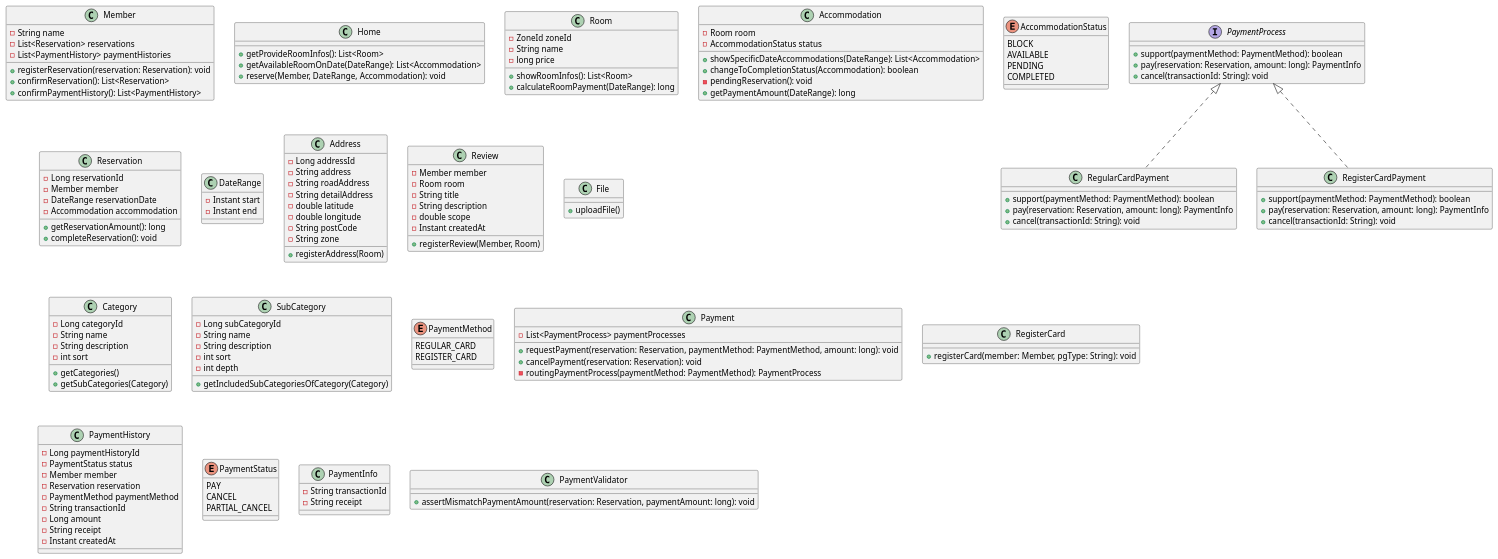
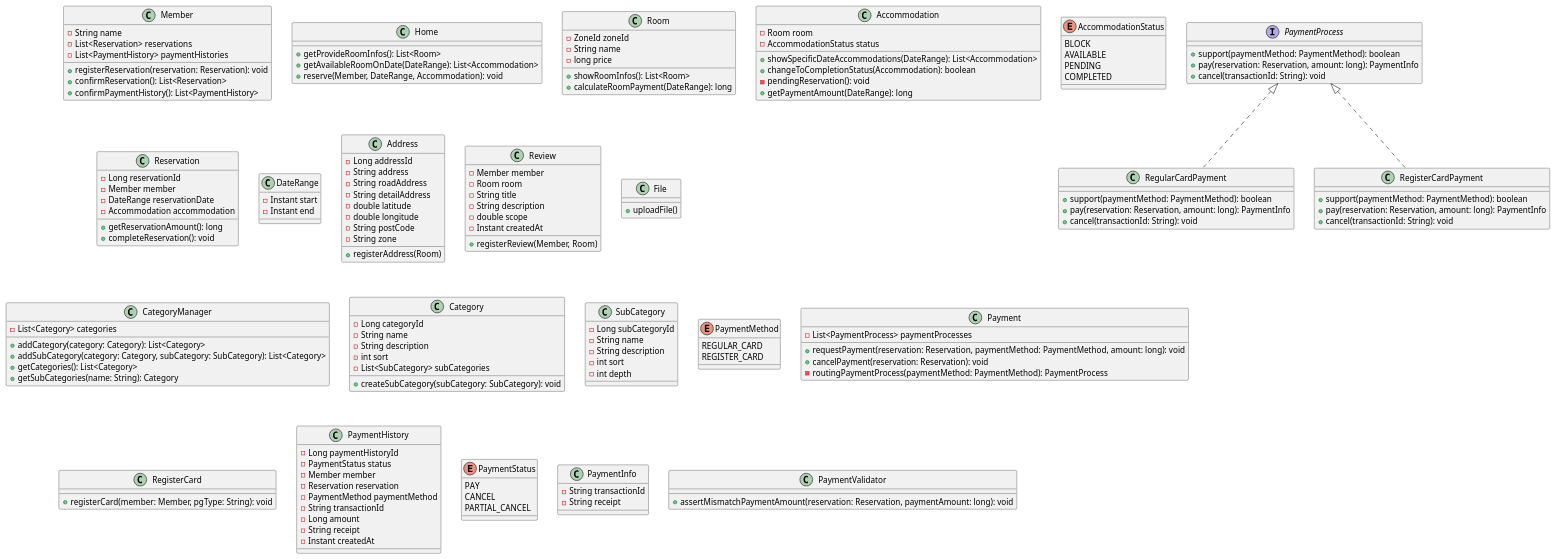
Before and after one commit to f-lab-edu/room-reservation-service: the diagram in class-diagram.puml, drawn with PlantUML. The commit also changed 5 other files, not shown here.

Commit message:
feat: 카테고리 클래스 생성 및 클래스 다이어그램 추가

```diff
--- a/class-diagram.puml
+++ b/class-diagram.puml
@@ -1,160 +1,167 @@
 @startuml
 class Member {
   -String name
   -List<Reservation> reservations
   -List<PaymentHistory> paymentHistories
   +registerReservation(reservation: Reservation): void
   +confirmReservation(): List<Reservation>
   +confirmPaymentHistory(): List<PaymentHistory>
 }
 
 class Home {
   +getProvideRoomInfos(): List<Room>
   +getAvailableRoomOnDate(DateRange): List<Accommodation>
   +reserve(Member, DateRange, Accommodation): void
 }
 
 class Room {
   -ZoneId zoneId
   -String name
   -long price
   +showRoomInfos(): List<Room>
   +calculateRoomPayment(DateRange): long
 }
 
 class Accommodation {
   -Room room
   -AccommodationStatus status
   +showSpecificDateAccommodations(DateRange): List<Accommodation>
   +changeToCompletionStatus(Accommodation): boolean
   -pendingReservation(): void
   +getPaymentAmount(DateRange): long
 }
 
 enum AccommodationStatus {
   BLOCK
   AVAILABLE
   PENDING
   COMPLETED
 }
 
 class Reservation {
   -Long reservationId
   -Member member
   -DateRange reservationDate
   -Accommodation accommodation
   +getReservationAmount(): long
   +completeReservation(): void
 }
 
 class DateRange {
   -Instant start
   -Instant end
 }
 
 class Address {
   -Long addressId
   -String address
   -String roadAddress
   -String detailAddress
   -double latitude
   -double longitude
   -String postCode
   -String zone
   +registerAddress(Room)
 }
 
 class Review {
   -Member member
   -Room room
   -String title
   -String description
   -double scope
   -Instant createdAt
   +registerReview(Member, Room)
 }
 
 class File {
   +uploadFile()
 }
 
+class CategoryManager {
+  -List<Category> categories
+  +addCategory(category: Category): List<Category>
+  +addSubCategory(category: Category, subCategory: SubCategory): List<Category>
+  +getCategories(): List<Category>
+  +getSubCategories(name: String): Category
+}
+
 class Category {
   -Long categoryId
   -String name
   -String description
   -int sort
-  +getCategories()
-  +getSubCategories(Category)
+  -List<SubCategory> subCategories
+  +createSubCategory(subCategory: SubCategory): void
 }
 
 class SubCategory {
   -Long subCategoryId
   -String name
   -String description
   -int sort
   -int depth
-  +getIncludedSubCategoriesOfCategory(Category)
 }
 
 enum PaymentMethod {
   REGULAR_CARD
   REGISTER_CARD
 }
 
 class Payment {
  -List<PaymentProcess> paymentProcesses
  +requestPayment(reservation: Reservation, paymentMethod: PaymentMethod, amount: long): void
  +cancelPayment(reservation: Reservation): void
  -routingPaymentProcess(paymentMethod: PaymentMethod): PaymentProcess
 }
 
 class RegisterCard {
  +registerCard(member: Member, pgType: String): void
 }
 
 interface PaymentProcess {
  +support(paymentMethod: PaymentMethod): boolean
  +pay(reservation: Reservation, amount: long): PaymentInfo
  +cancel(transactionId: String): void
 }
 
 class RegularCardPayment implements PaymentProcess {
  +support(paymentMethod: PaymentMethod): boolean
  +pay(reservation: Reservation, amount: long): PaymentInfo
  +cancel(transactionId: String): void
 }
 
 class RegisterCardPayment implements PaymentProcess  {
  +support(paymentMethod: PaymentMethod): boolean
  +pay(reservation: Reservation, amount: long): PaymentInfo
  +cancel(transactionId: String): void
 }
 
 class PaymentHistory {
  -Long paymentHistoryId
  -PaymentStatus status
  -Member member
  -Reservation reservation
  -PaymentMethod paymentMethod
  -String transactionId
  -Long amount
  -String receipt
  -Instant createdAt
 }
 
 enum PaymentStatus {
  PAY
  CANCEL
  PARTIAL_CANCEL
 }
 
 class PaymentInfo {
  -String transactionId
  -String receipt
 }
 
 class PaymentValidator {
  +assertMismatchPaymentAmount(reservation: Reservation, paymentAmount: long): void
 }
 
 @enduml
```
